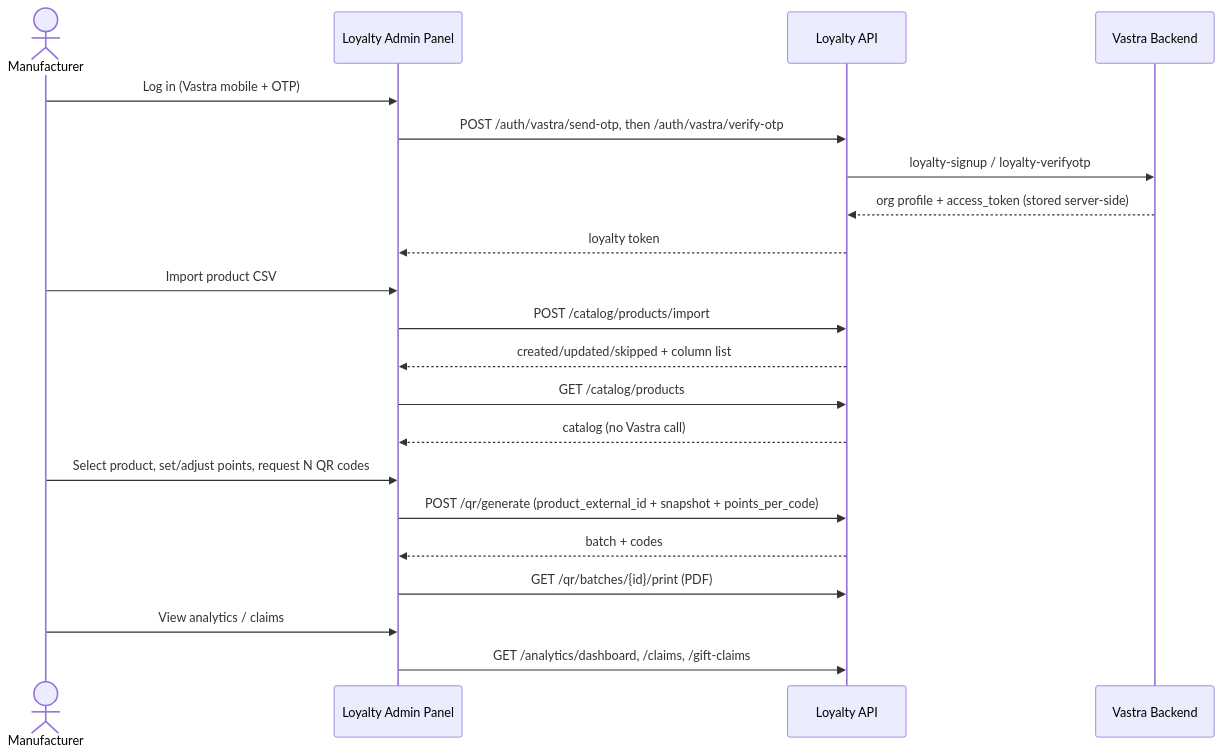
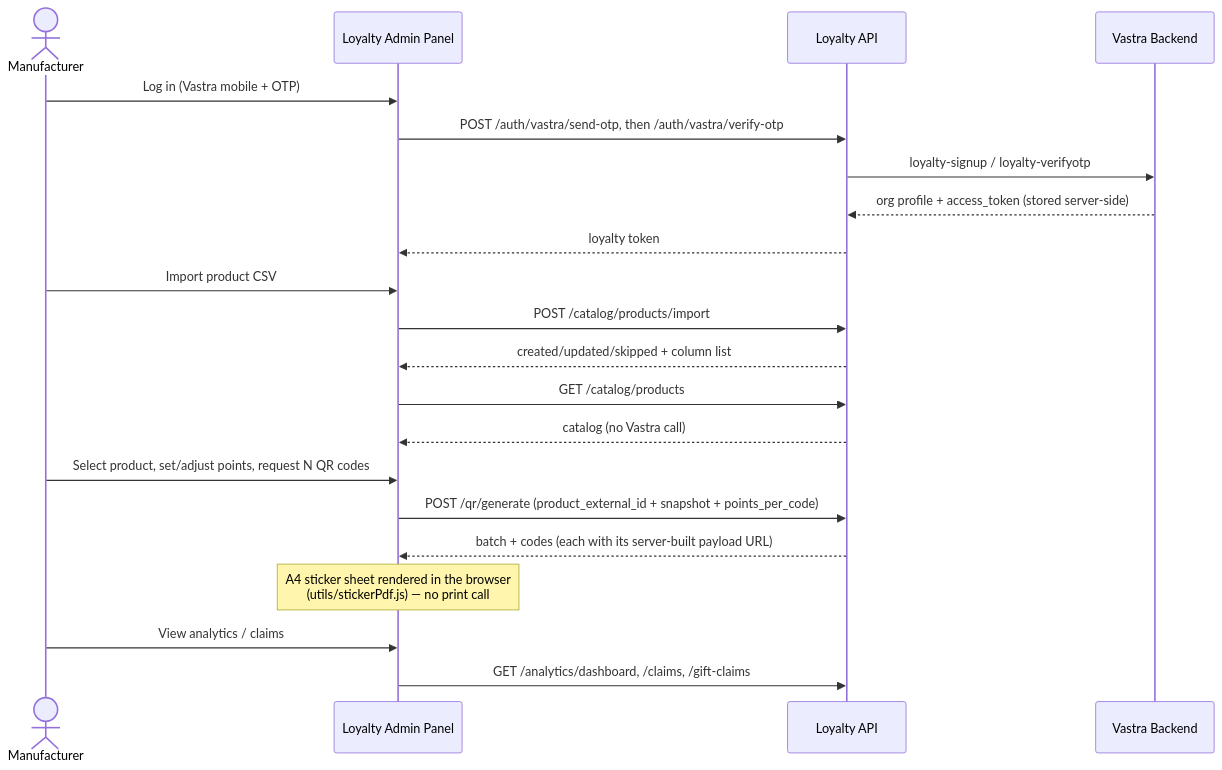
Before and after one commit to vasraj273/Vastra-Loyalty-Program: the second of 5 diagrams in docs/integration/SYSTEM_ARCHITECTURE.md, drawn with Mermaid. The commit also changed other lines of this file and 17 other files, not shown here.

````diff
--- a/docs/integration/SYSTEM_ARCHITECTURE.md
+++ b/docs/integration/SYSTEM_ARCHITECTURE.md
@@ -98,23 +98,23 @@
 ```mermaid
 sequenceDiagram
   actor M as Manufacturer
   participant P as Loyalty Admin Panel
   participant L as Loyalty API
   participant VB as Vastra Backend
   M->>P: Log in (Vastra mobile + OTP)
   P->>L: POST /auth/vastra/send-otp, then /auth/vastra/verify-otp
   L->>VB: loyalty-signup / loyalty-verifyotp
   VB-->>L: org profile + access_token (stored server-side)
   L-->>P: loyalty token
   M->>P: Import product CSV
   P->>L: POST /catalog/products/import
   L-->>P: created/updated/skipped + column list
   P->>L: GET /catalog/products
   L-->>P: catalog (no Vastra call)
   M->>P: Select product, set/adjust points, request N QR codes
   P->>L: POST /qr/generate (product_external_id + snapshot + points_per_code)
-  L-->>P: batch + codes
-  P->>L: GET /qr/batches/{id}/print (PDF)
+  L-->>P: batch + codes (each with its server-built payload URL)
+  Note over P: A4 sticker sheet rendered in the browser<br/>(utils/stickerPdf.js) — no print call
   M->>P: View analytics / claims
   P->>L: GET /analytics/dashboard, /claims, /gift-claims
 ```
````
